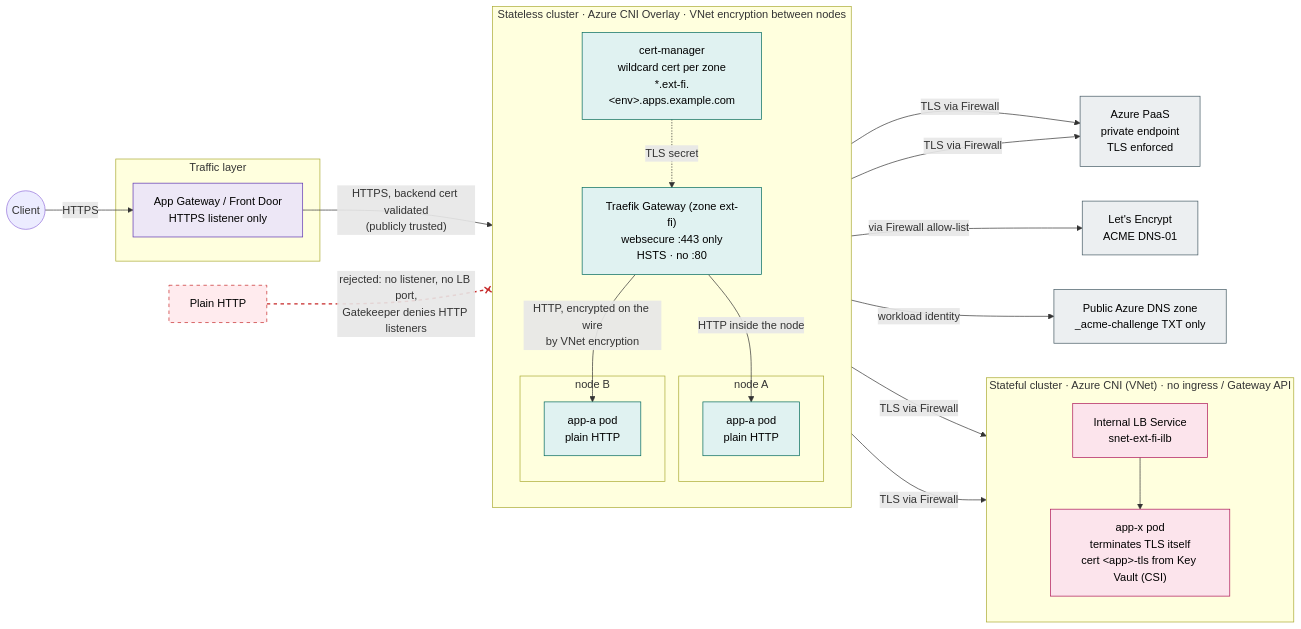
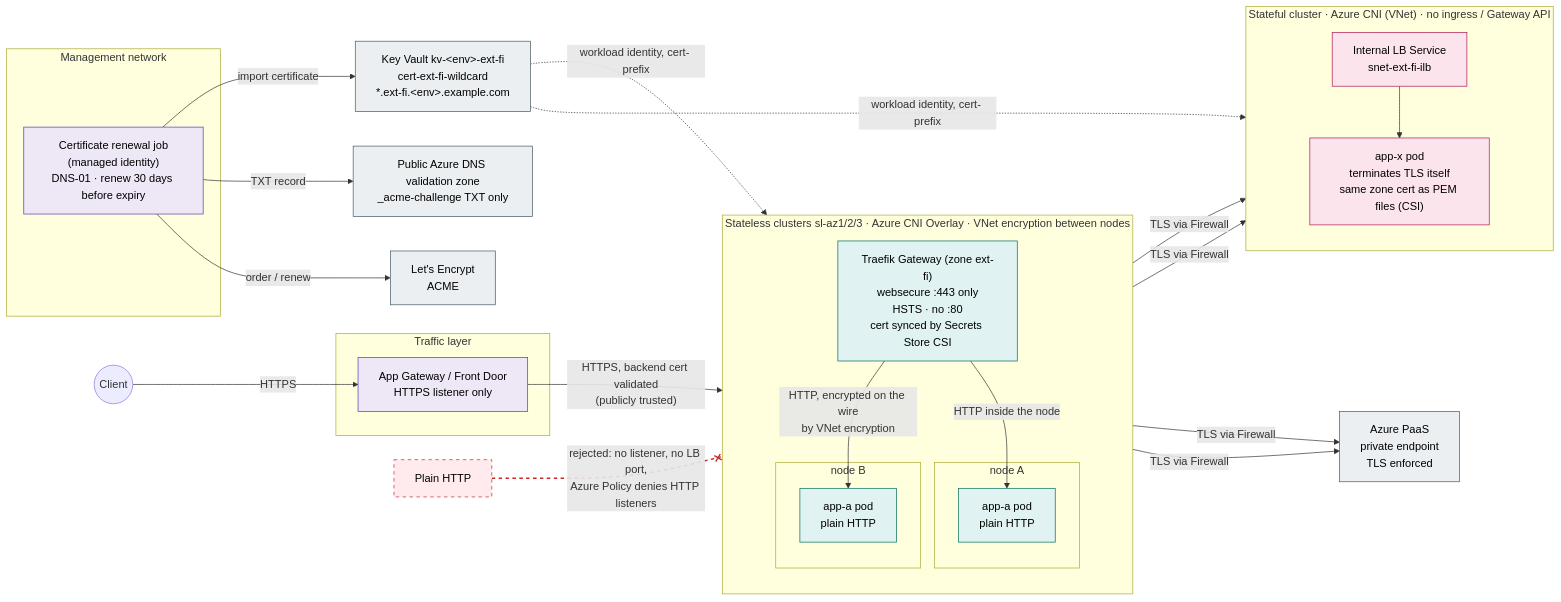
One commit to olljanat-ai/aks-design changed the diagram in diagrams/13-tls-encryption.mmd. Above: the diagram before and after it, drawn with Mermaid. The commit also changed 8 other files, not shown here.

First line of the commit message:
Use Azure Policy add-on for policies and distribute certificates through Key Vault

```diff
--- a/diagrams/13-tls-encryption.mmd
+++ b/diagrams/13-tls-encryption.mmd
@@ -1,56 +1,62 @@
 %% Encryption in transit. Stateless: TLS ends at the zone's Traefik gateway (Let's Encrypt certificate for an internal
 %% name), node-to-node traffic is protected by Azure VNet encryption, so apps need no TLS, mTLS or service mesh.
 %% Stateful: no ingress at all, the application terminates TLS on its own internal load balancer.
+%% Certificates are issued once per zone and environment by a central job and shared by all clusters via Key Vault.
 flowchart LR
     client(("Client"))
-    le["Let's Encrypt<br/>ACME DNS-01"]
-    pubdns["Public Azure DNS zone<br/>_acme-challenge TXT only"]
+
+    subgraph MGMT["Management network"]
+        job["Certificate renewal job<br/>(managed identity)<br/>DNS-01 · renew 30 days before expiry"]
+    end
+    le["Let's Encrypt<br/>ACME"]
+    pubdns["Public Azure DNS validation zone<br/>_acme-challenge TXT only"]
+    kv["Key Vault kv-&lt;env&gt;-ext-fi<br/>cert-ext-fi-wildcard<br/>*.ext-fi.&lt;env&gt;.example.com"]
 
     subgraph EDGE["Traffic layer"]
         agw["App Gateway / Front Door<br/>HTTPS listener only"]
     end
 
-    subgraph SL["Stateless cluster · Azure CNI Overlay · VNet encryption between nodes"]
+    subgraph SL["Stateless clusters sl-az1/2/3 · Azure CNI Overlay · VNet encryption between nodes"]
         direction TB
-        cm["cert-manager<br/>wildcard cert per zone<br/>*.ext-fi.&lt;env&gt;.apps.example.com"]
-        tr["Traefik Gateway (zone ext-fi)<br/>websecure :443 only<br/>HSTS · no :80"]
+        tr["Traefik Gateway (zone ext-fi)<br/>websecure :443 only<br/>HSTS · no :80<br/>cert synced by Secrets Store CSI"]
         subgraph N1["node A"]
             app1["app-a pod<br/>plain HTTP"]
         end
         subgraph N2["node B"]
             app2["app-a pod<br/>plain HTTP"]
         end
     end
 
     subgraph SF["Stateful cluster · Azure CNI (VNet) · no ingress / Gateway API"]
         direction TB
         ilb["Internal LB Service<br/>snet-ext-fi-ilb"]
-        db["app-x pod<br/>terminates TLS itself<br/>cert &lt;app&gt;-tls from Key Vault (CSI)"]
+        db["app-x pod<br/>terminates TLS itself<br/>same zone cert as PEM files (CSI)"]
     end
 
     paas["Azure PaaS<br/>private endpoint<br/>TLS enforced"]
     plain["Plain HTTP"]:::off
 
     client -->|"HTTPS"| agw
     agw -->|"HTTPS, backend cert validated<br/>(publicly trusted)"| tr
     tr -->|"HTTP inside the node"| app1
     tr -->|"HTTP, encrypted on the wire<br/>by VNet encryption"| app2
     app1 & app2 -->|"TLS via Firewall"| ilb --> db
     app1 & app2 -->|"TLS via Firewall"| paas
-    cm -->|"via Firewall allow-list"| le
-    cm -->|"workload identity"| pubdns
-    cm -.->|"TLS secret"| tr
-    plain -.-x|"rejected: no listener, no LB port,<br/>Gatekeeper denies HTTP listeners"| tr
+    job -->|"order / renew"| le
+    job -->|"TXT record"| pubdns
+    job -->|"import certificate"| kv
+    kv -.->|"workload identity, cert- prefix"| tr
+    kv -.->|"workload identity, cert- prefix"| db
+    plain -.-x|"rejected: no listener, no LB port,<br/>Azure Policy denies HTTP listeners"| tr
 
-    linkStyle 12 stroke:#c62828,stroke-width:2px,stroke-dasharray:5 5
+    linkStyle 14 stroke:#c62828,stroke-width:2px,stroke-dasharray:5 5
 
     classDef hub fill:#ede7f6,stroke:#5e35b1,color:#000
     classDef sl fill:#e0f2f1,stroke:#00695c,color:#000
     classDef sf fill:#fce4ec,stroke:#ad1457,color:#000
     classDef paas fill:#eceff1,stroke:#455a64,color:#000
-    classDef note fill:#fffde7,stroke:#9e9d24,color:#000
     classDef off fill:#ffebee,stroke:#c62828,color:#000,stroke-dasharray: 5 5
-    class agw hub
-    class cm,tr,app1,app2 sl
+    class agw,job hub
+    class tr,app1,app2 sl
     class ilb,db sf
-    class paas,le,pubdns paas
+    class paas,le,pubdns,kv paas
```
